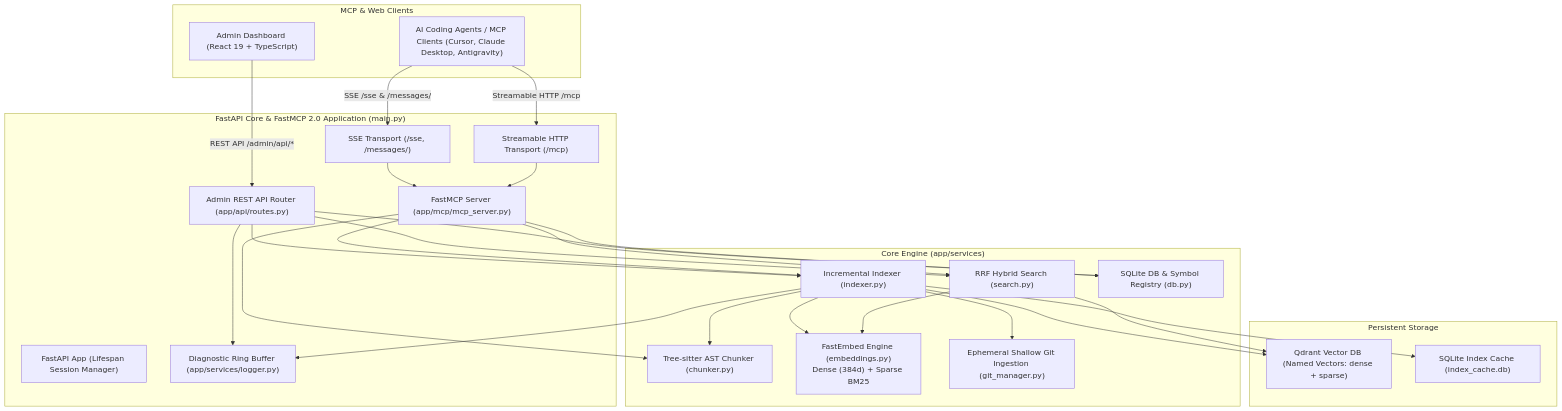
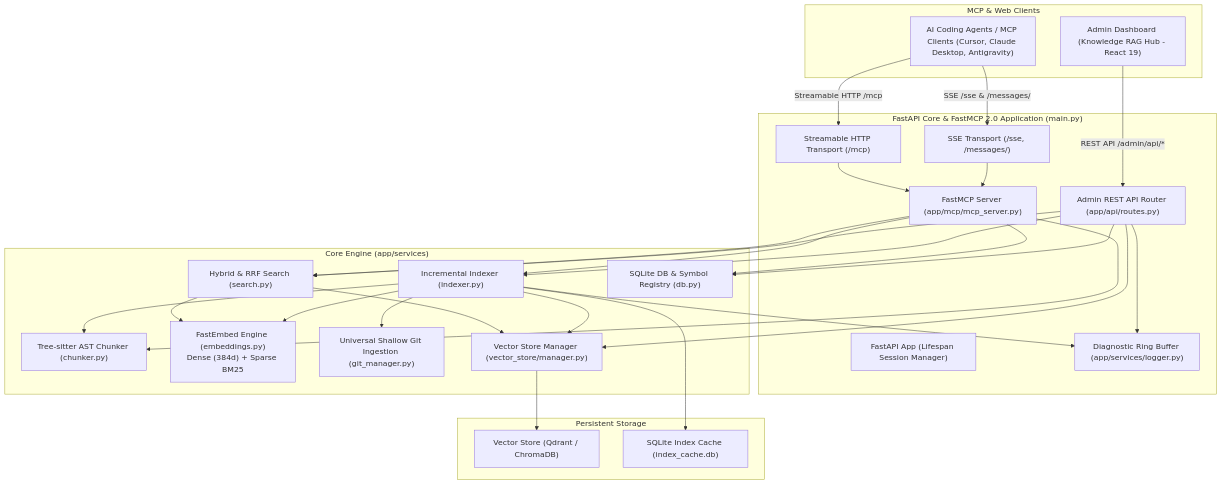
One commit to spelech/contextcortex changed the first of 3 diagrams in ARCHITECTURE.md. Above: the diagram before and after it, drawn with Mermaid. The commit also changed other lines of this file and 31 other files, not shown here.

Commit message:
refactor: complete repository rebranding to knowledge-rag-mcp

````diff
--- a/ARCHITECTURE.md
+++ b/ARCHITECTURE.md
@@ -9,56 +9,60 @@
 ```mermaid
 flowchart TD
     subgraph Clients["MCP & Web Clients"]
         Claude["AI Coding Agents / MCP Clients (Cursor, Claude Desktop, Antigravity)"]
-        Browser["Admin Dashboard (React 19 + TypeScript)"]
+        Browser["Admin Dashboard (Knowledge RAG Hub - React 19)"]
     end
 
     subgraph Server["FastAPI Core & FastMCP 2.0 Application (main.py)"]
         FastAPI["FastAPI App (Lifespan Session Manager)"]
         FastMCP["FastMCP Server (app/mcp/mcp_server.py)"]
         SSE["SSE Transport (/sse, /messages/)"]
         HTTP["Streamable HTTP Transport (/mcp)"]
         AdminAPI["Admin REST API Router (app/api/routes.py)"]
         LogBuffer["Diagnostic Ring Buffer (app/services/logger.py)"]
     end
 
     subgraph CoreEngine["Core Engine (app/services)"]
         Chunker["Tree-sitter AST Chunker (chunker.py)"]
         Embeddings["FastEmbed Engine (embeddings.py)\nDense (384d) + Sparse BM25"]
-        GitMgr["Ephemeral Shallow Git Ingestion (git_manager.py)"]
+        GitMgr["Universal Shallow Git Ingestion (git_manager.py)"]
         Indexer["Incremental Indexer (indexer.py)"]
-        Search["RRF Hybrid Search (search.py)"]
+        Search["Hybrid & RRF Search (search.py)"]
         DB["SQLite DB & Symbol Registry (db.py)"]
+        VSMgr["Vector Store Manager (vector_store/manager.py)"]
     end
 
     subgraph PersistentStorage["Persistent Storage"]
-        Qdrant["Qdrant Vector DB (Named Vectors: dense + sparse)"]
+        VectorStore["Vector Store (Qdrant / ChromaDB)"]
         SQLite["SQLite Index Cache (index_cache.db)"]
     end
 
     Claude -->|SSE /sse & /messages/| SSE
     Claude -->|Streamable HTTP /mcp| HTTP
     SSE --> FastMCP
     HTTP --> FastMCP
 
     Browser -->|REST API /admin/api/*| AdminAPI
     AdminAPI --> DB
     AdminAPI --> Indexer
     AdminAPI --> LogBuffer
     AdminAPI --> Search
+    AdminAPI --> VSMgr
 
     FastMCP --> Search
     FastMCP --> Chunker
     FastMCP --> DB
     FastMCP --> Indexer
 
     Indexer --> Chunker
     Indexer --> Embeddings
     Indexer --> GitMgr
-    Indexer --> Qdrant
+    Indexer --> VSMgr
     Indexer --> SQLite
     Indexer --> LogBuffer
 
+    VSMgr --> VectorStore
+
     Search --> Embeddings
-    Search --> Qdrant
+    Search --> VSMgr
 ```
````
